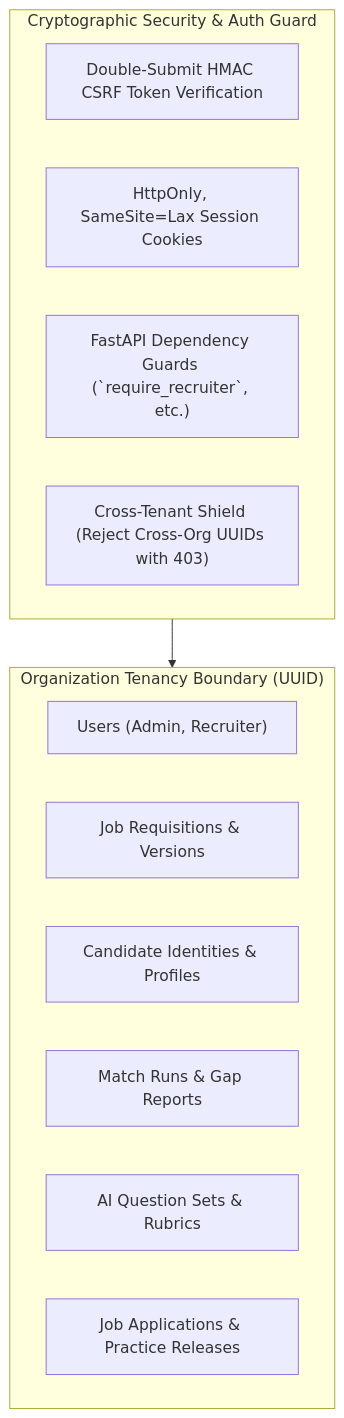
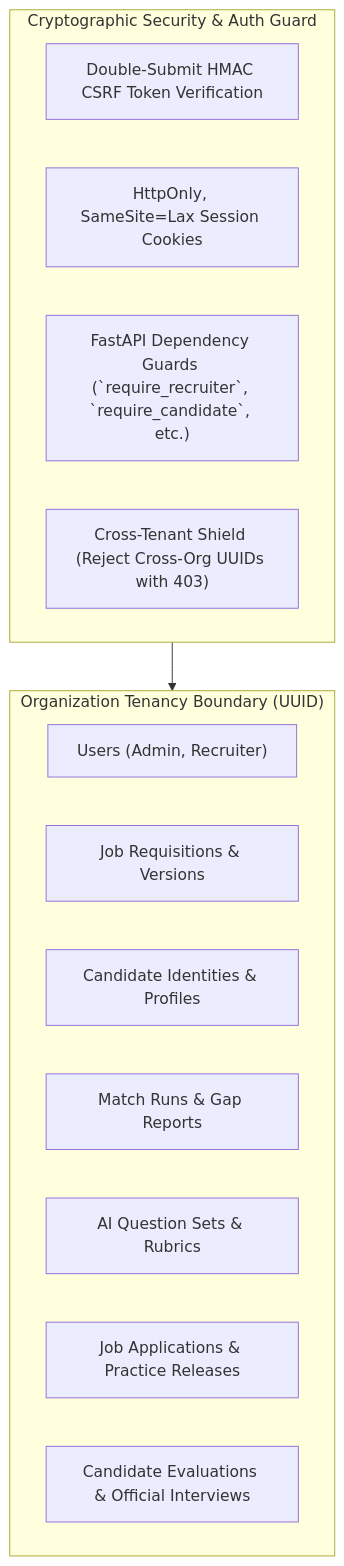
The first of 3 diagrams in docs/SYSTEM_ARCHITECTURE_BLUEPRINT.md (Heril2912/AI-Hiring), drawn with Mermaid before and after one commit. The commit also changed other lines of this file and 23 other files, not shown here.

````diff
--- a/docs/SYSTEM_ARCHITECTURE_BLUEPRINT.md
+++ b/docs/SYSTEM_ARCHITECTURE_BLUEPRINT.md
@@ -331,20 +425,21 @@
 ```mermaid
 flowchart TD
     subgraph OrganizationTenant ["Organization Tenancy Boundary (UUID)"]
         Users["Users (Admin, Recruiter)"]
         Jobs["Job Requisitions & Versions"]
         Candidates["Candidate Identities & Profiles"]
         Matches["Match Runs & Gap Reports"]
         AISets["AI Question Sets & Rubrics"]
         Apps["Job Applications & Practice Releases"]
+        Eval["Candidate Evaluations & Official Interviews"]
     end
 
     subgraph SecurityShield ["Cryptographic Security & Auth Guard"]
         CSRF["Double-Submit HMAC CSRF Token Verification"]
         Cookie["HttpOnly, SameSite=Lax Session Cookies"]
-        RBAC["FastAPI Dependency Guards (`require_recruiter`, etc.)"]
+        RBAC["FastAPI Dependency Guards (`require_recruiter`, `require_candidate`, etc.)"]
         Isolation["Cross-Tenant Shield (Reject Cross-Org UUIDs with 403)"]
     end
 
     SecurityShield --> OrganizationTenant
 ```
````
